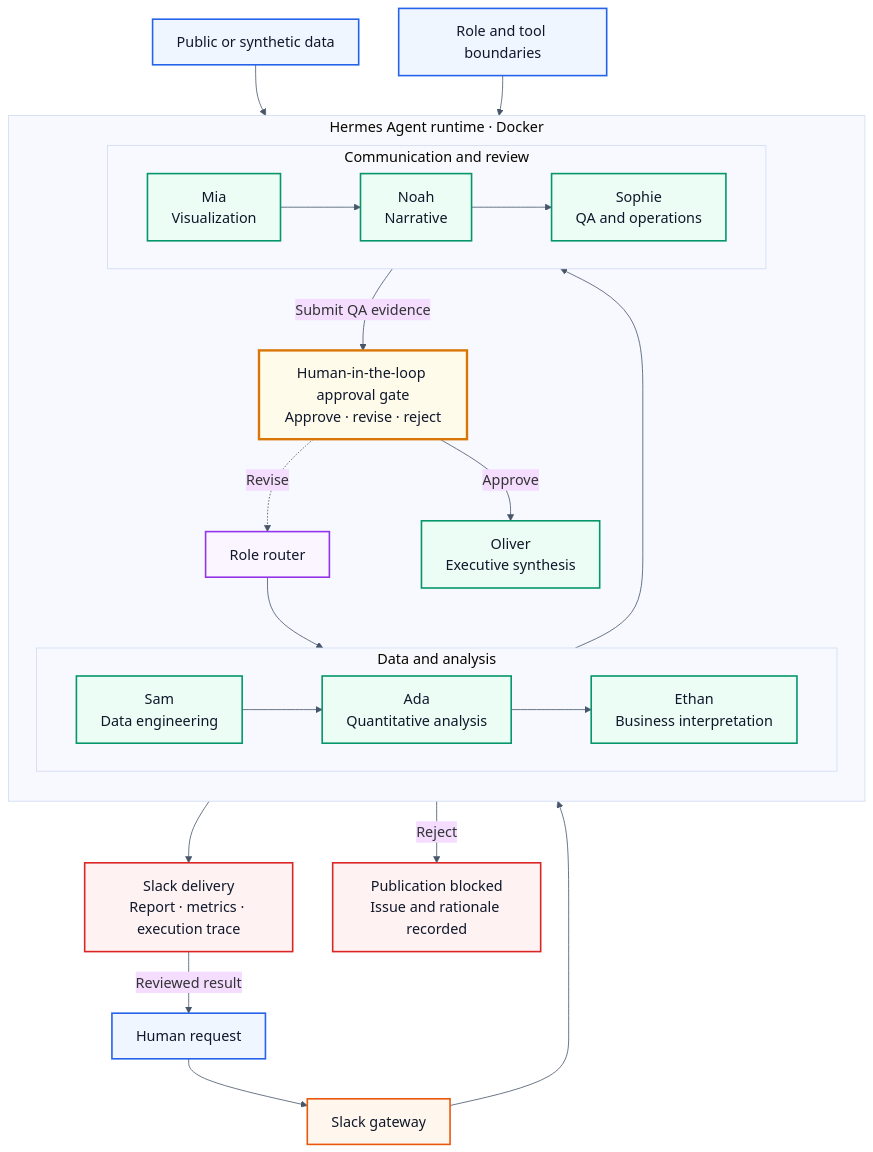
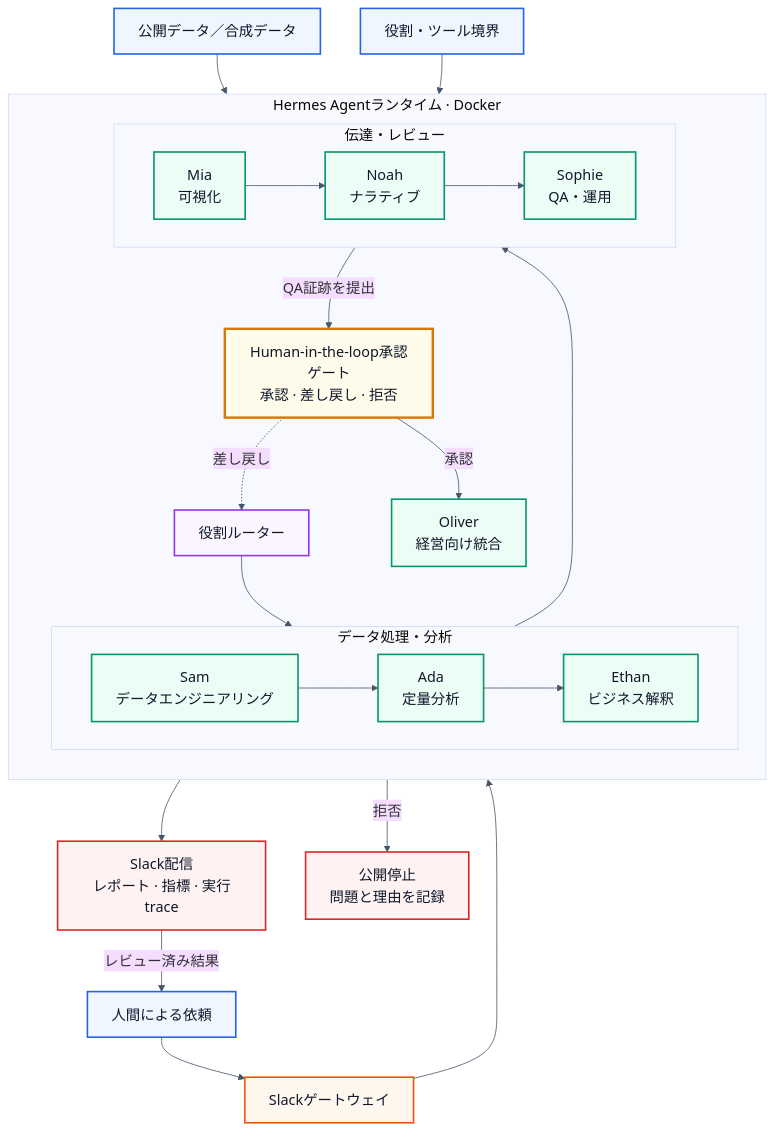
One commit to Lee2379/agentic-analytics-office changed the diagram in README.ja.md. Above: the diagram before and after it, drawn with Mermaid. The commit also changed other lines of this file and 1 other file, not shown here.

````diff
--- a/README.ja.md
+++ b/README.ja.md
@@ -240,55 +240,55 @@
 ```mermaid
 %%{init: {"theme": "base", "themeVariables": {"fontSize": "18px", "fontFamily": "Arial, sans-serif", "lineColor": "#475569"}}}%%
 flowchart TB
-    U["Human request"] --> S["Slack gateway"]
-    DATA["Public or synthetic data"]
-    POLICY["Role and tool boundaries"]
-    H["Human-in-the-loop approval gate<br/>Approve · revise · reject"]
+    U["人間による依頼"] --> S["Slackゲートウェイ"]
+    DATA["公開データ／合成データ"]
+    POLICY["役割・ツール境界"]
+    H["Human-in-the-loop承認ゲート<br/>承認 · 差し戻し · 拒否"]
 
-    subgraph D["Hermes Agent runtime · Docker"]
+    subgraph D["Hermes Agentランタイム · Docker"]
       direction TB
-      R["Role router"]
+      R["役割ルーター"]
 
-      subgraph ANALYSIS["Data and analysis"]
+      subgraph ANALYSIS["データ処理・分析"]
         direction LR
-        SAM["Sam<br/>Data engineering"] --> ADA["Ada<br/>Quantitative analysis"] --> ETHAN["Ethan<br/>Business interpretation"]
+        SAM["Sam<br/>データエンジニアリング"] --> ADA["Ada<br/>定量分析"] --> ETHAN["Ethan<br/>ビジネス解釈"]
       end
 
-      subgraph DELIVERY["Communication and review"]
+      subgraph DELIVERY["伝達・レビュー"]
         direction LR
-        MIA["Mia<br/>Visualization"] --> NOAH["Noah<br/>Narrative"] --> SOPHIE["Sophie<br/>QA and operations"]
+        MIA["Mia<br/>可視化"] --> NOAH["Noah<br/>ナラティブ"] --> SOPHIE["Sophie<br/>QA・運用"]
       end
 
-      OLIVER["Oliver<br/>Executive synthesis"]
+      OLIVER["Oliver<br/>経営向け統合"]
 
       R --> SAM
       ETHAN --> MIA
-      SOPHIE -->|Submit QA evidence| H
-      H -->|Approve| OLIVER
-      H -.->|Revise| R
+      SOPHIE -->|QA証跡を提出| H
+      H -->|承認| OLIVER
+      H -.->|差し戻し| R
     end
 
-    O["Slack delivery<br/>Report · metrics · execution trace"]
-    BLOCKED["Publication blocked<br/>Issue and rationale recorded"]
+    O["Slack配信<br/>レポート · 指標 · 実行trace"]
+    BLOCKED["公開停止<br/>問題と理由を記録"]
 
     S --> R
     DATA --> SAM
     POLICY --> R
-    H -->|Reject| BLOCKED
+    H -->|拒否| BLOCKED
     OLIVER --> O
-    O -->|Reviewed result| U
+    O -->|レビュー済み結果| U
 
     classDef input fill:#EFF6FF,stroke:#2563EB,color:#0F172A,stroke-width:2px;
     classDef gateway fill:#FFF7ED,stroke:#EA580C,color:#0F172A,stroke-width:2px;
     classDef router fill:#FAF5FF,stroke:#9333EA,color:#0F172A,stroke-width:2px;
     classDef agent fill:#ECFDF5,stroke:#059669,color:#0F172A,stroke-width:2px;
     classDef human fill:#FFFBEB,stroke:#D97706,color:#0F172A,stroke-width:3px;
     classDef output fill:#FEF2F2,stroke:#DC2626,color:#0F172A,stroke-width:2px;
 
     class U,DATA,POLICY input;
     class S gateway;
     class R router;
     class SAM,ADA,ETHAN,MIA,NOAH,SOPHIE,OLIVER agent;
     class H human;
     class O,BLOCKED output;
 ```
````
